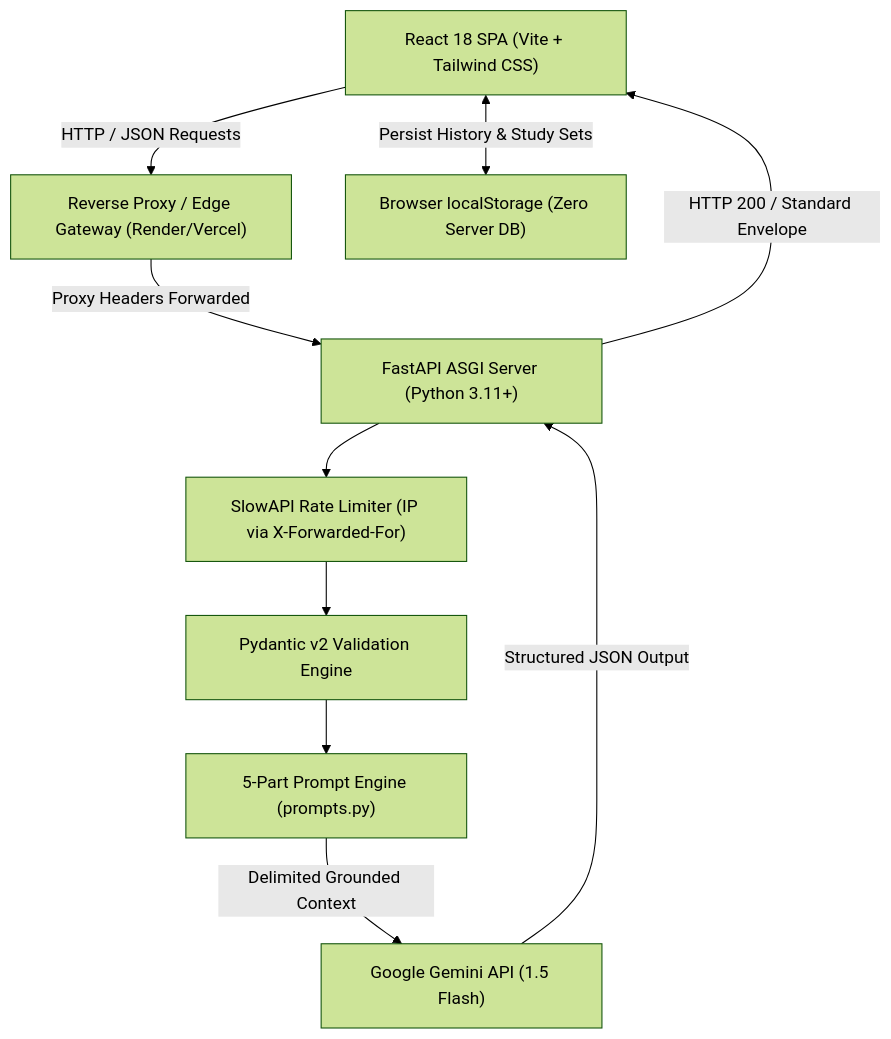
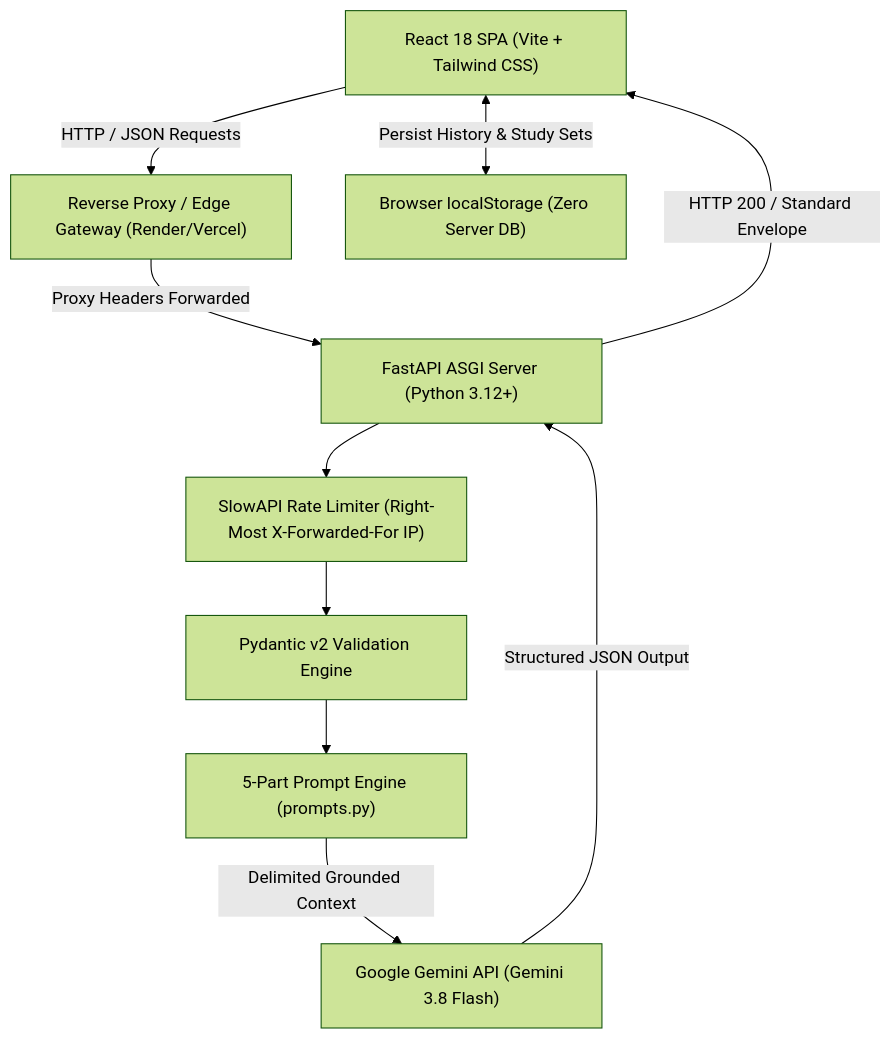
The diagram in README.md (harshchavan009/StudyMate-AI), drawn with Mermaid (forest theme) before and after one commit. The commit also changed other lines of this file and 6 other files, not shown here.

````diff
--- a/README.md
+++ b/README.md
@@ -32,21 +55,21 @@
 ```mermaid
 graph TD
     Client["React 18 SPA (Vite + Tailwind CSS)"]
     Proxy["Reverse Proxy / Edge Gateway (Render/Vercel)"]
-    FastAPI["FastAPI ASGI Server (Python 3.11+)"]
-    Limiter["SlowAPI Rate Limiter (IP via X-Forwarded-For)"]
+    FastAPI["FastAPI ASGI Server (Python 3.12+)"]
+    Limiter["SlowAPI Rate Limiter (Right-Most X-Forwarded-For IP)"]
     Pydantic["Pydantic v2 Validation Engine"]
     Prompts["5-Part Prompt Engine (prompts.py)"]
-    Gemini["Google Gemini API (1.5 Flash)"]
+    Gemini["Google Gemini API (Gemini 3.8 Flash)"]
     BrowserStorage["Browser localStorage (Zero Server DB)"]
 
     Client -->|HTTP / JSON Requests| Proxy
     Proxy -->|Proxy Headers Forwarded| FastAPI
     FastAPI --> Limiter
     Limiter --> Pydantic
     Pydantic --> Prompts
     Prompts -->|Delimited Grounded Context| Gemini
     Gemini -->|Structured JSON Output| FastAPI
     FastAPI -->|HTTP 200 / Standard Envelope| Client
     Client <-->|Persist History & Study Sets| BrowserStorage
 ```
````
